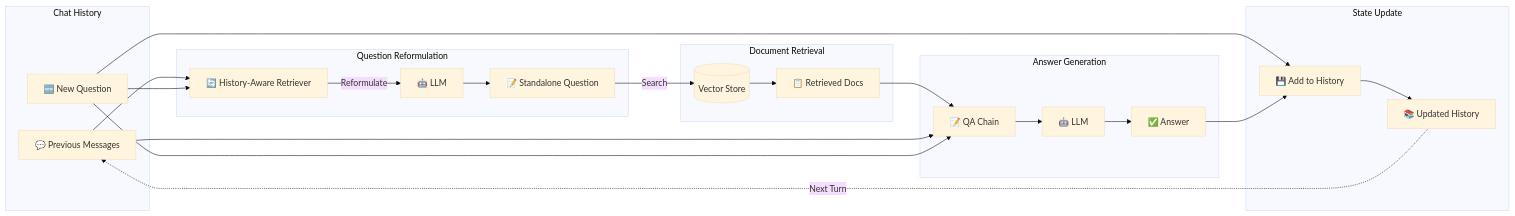
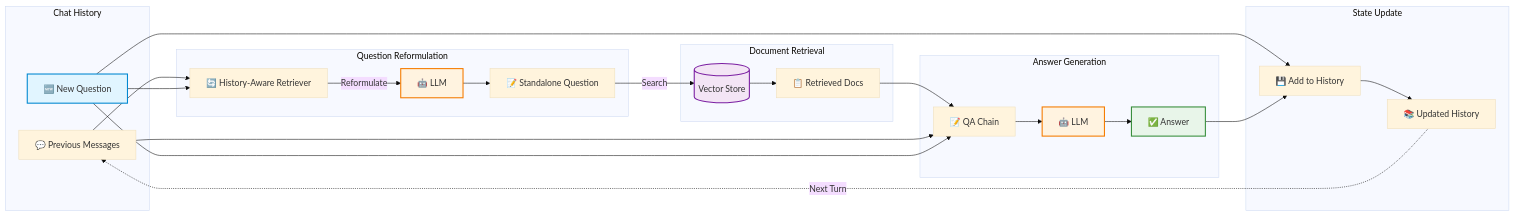
Before and after one commit to roypr-ma/rag-demo: the first of 2 diagrams in 2-chat-history/README.md, drawn with Mermaid (base theme). The commit also changed other lines of this file and 2 other files, not shown here.

````diff
--- a/2-chat-history/README.md
+++ b/2-chat-history/README.md
@@ -93,35 +93,41 @@
 ```mermaid
 graph LR
     subgraph "Chat History"
         A[💬 Previous Messages] 
         B[🆕 New Question]
     end
     
     subgraph "Question Reformulation"
         A --> C[🔄 History-Aware Retriever]
         B --> C
         C -->|Reformulate| D[🤖 LLM]
         D --> E[📝 Standalone Question]
     end
     
     subgraph "Document Retrieval"
         E -->|Search| F[(Vector Store)]
         F --> G[📋 Retrieved Docs]
     end
     
     subgraph "Answer Generation"
         G --> H[📝 QA Chain]
         A --> H
         B --> H
         H --> I[🤖 LLM]
         I --> J[✅ Answer]
     end
     
     subgraph "State Update"
         B --> K[💾 Add to History]
         J --> K
         K --> L[📚 Updated History]
     end
     
     L -.->|Next Turn| A
+    
+    style B fill:#e1f5ff,stroke:#0288d1,stroke-width:2px
+    style D fill:#fff3e0,stroke:#f57c00,stroke-width:2px
+    style F fill:#f3e5f5,stroke:#7b1fa2,stroke-width:2px
+    style I fill:#fff3e0,stroke:#f57c00,stroke-width:2px
+    style J fill:#e8f5e9,stroke:#388e3c,stroke-width:2px
 ```
````
